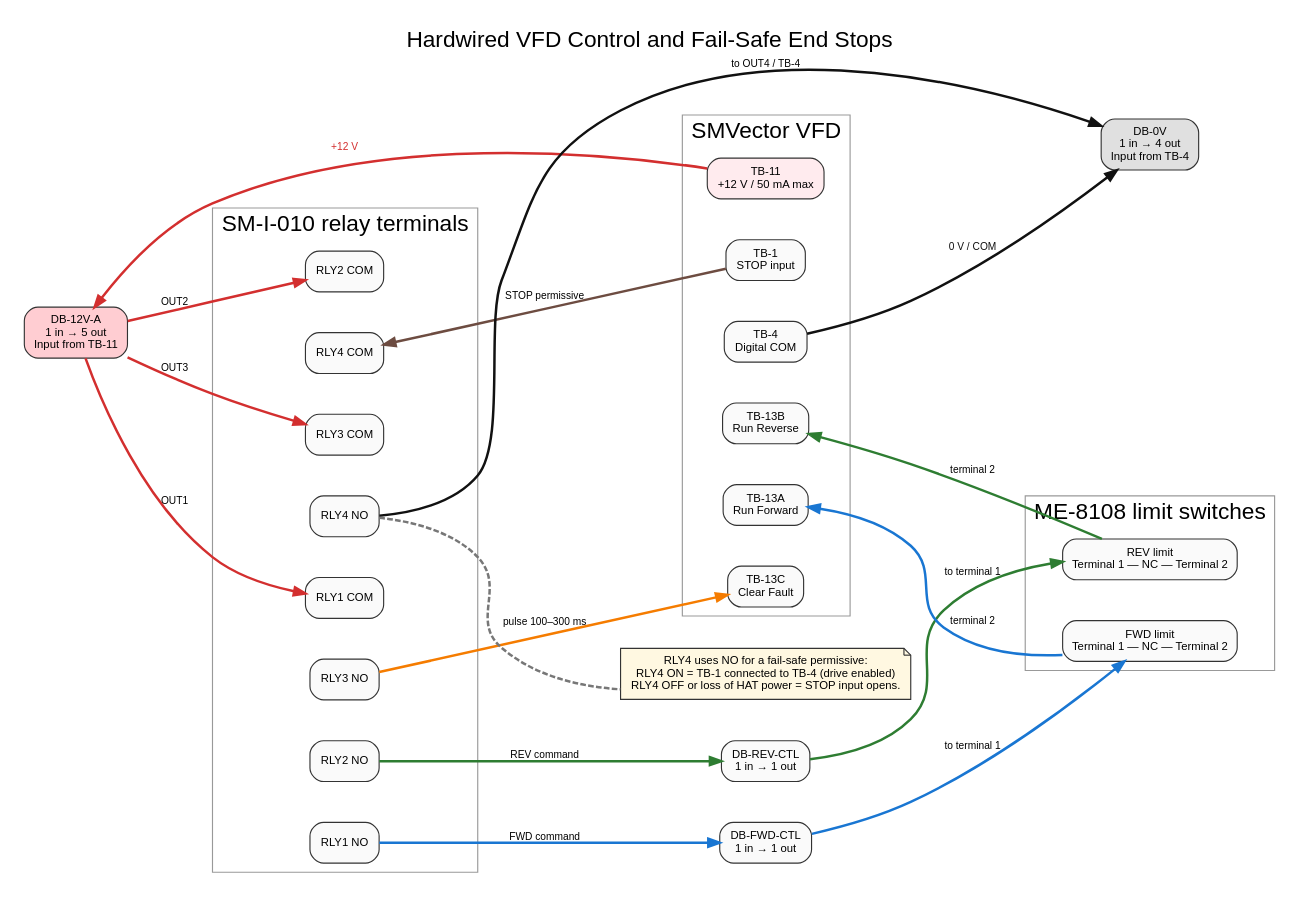
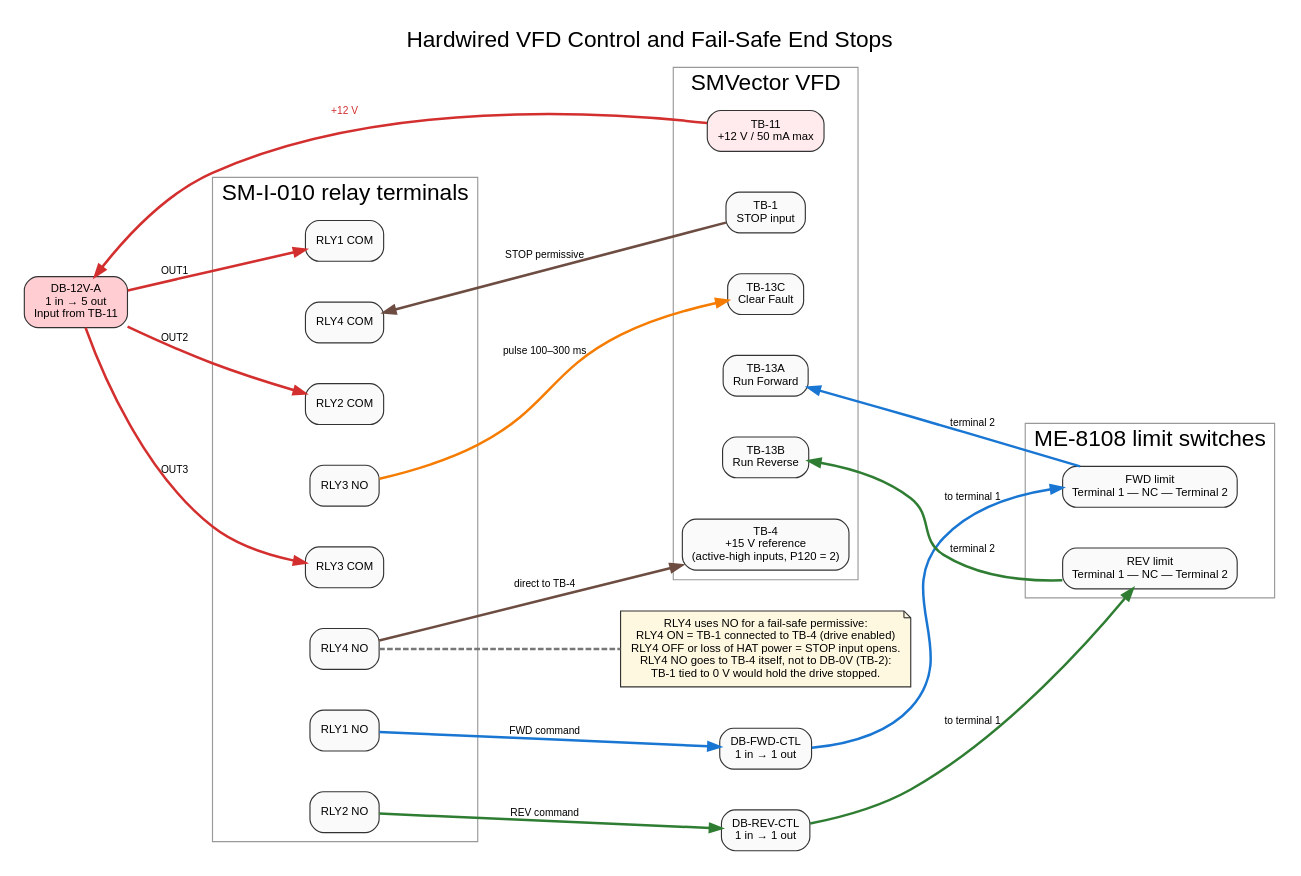
One commit to HualapaiValley/HVO.RoofController changed the diagram in docs/projects/roof-controller-v4-rpi/diagrams/02_hardwired_control.dot. Above: the diagram before and after it, drawn with Graphviz. The commit also changed 58 other files, not shown here.

```diff
--- a/docs/projects/roof-controller-v4-rpi/diagrams/02_hardwired_control.dot
+++ b/docs/projects/roof-controller-v4-rpi/diagrams/02_hardwired_control.dot
@@ -1,68 +1,66 @@
 
 digraph G {
   graph [rankdir=LR, bgcolor="white", pad="0.2", nodesep="0.5", ranksep="0.8",
          labelloc="t", label="Hardwired VFD Control and Fail-Safe End Stops", fontsize=20, fontname="Arial"];
   node [shape=box, style="rounded,filled", fillcolor="#FAFAFA", color="#333333",
         fontname="Arial", fontsize=10, margin="0.13,0.08"];
   edge [fontname="Arial", fontsize=9, penwidth=2.2];
 
   subgraph cluster_vfd {
     label="SMVector VFD";
     color="#999999";
     TB11 [label="TB-11\n+12 V / 50 mA max", fillcolor="#FFEBEE"];
     TB1 [label="TB-1\nSTOP input"];
-    TB4 [label="TB-4\nDigital COM"];
+    TB4 [label="TB-4\n+15 V reference\n(active-high inputs, P120 = 2)"];
     TB13A [label="TB-13A\nRun Forward"];
     TB13B [label="TB-13B\nRun Reverse"];
     TB13C [label="TB-13C\nClear Fault"];
   }
 
   DB12 [label="DB-12V-A\n1 in → 5 out\nInput from TB-11", fillcolor="#FFCDD2"];
-  DB0 [label="DB-0V\n1 in → 4 out\nInput from TB-4", fillcolor="#E0E0E0"];
 
   subgraph cluster_sm {
     label="SM-I-010 relay terminals";
     color="#999999";
     R1C [label="RLY1 COM"];
     R1NO [label="RLY1 NO"];
     R2C [label="RLY2 COM"];
     R2NO [label="RLY2 NO"];
     R3C [label="RLY3 COM"];
     R3NO [label="RLY3 NO"];
     R4C [label="RLY4 COM"];
     R4NO [label="RLY4 NO"];
   }
 
   FWDJOIN [label="DB-FWD-CTL\n1 in → 1 out"];
   REVJOIN [label="DB-REV-CTL\n1 in → 1 out"];
 
   subgraph cluster_limits {
     label="ME-8108 limit switches";
     color="#999999";
     L1NC [label="FWD limit\nTerminal 1 — NC — Terminal 2"];
     L2NC [label="REV limit\nTerminal 1 — NC — Terminal 2"];
   }
 
   TB11 -> DB12 [color="#D32F2F", fontcolor="#D32F2F", label="+12 V"];
-  TB4 -> DB0 [color="#111111", fontcolor="#111111", label="0 V / COM"];
 
   DB12 -> R1C [color="#D32F2F", label="OUT1"];
   R1NO -> FWDJOIN [color="#1976D2", label="FWD command"];
   FWDJOIN -> L1NC [color="#1976D2", label="to terminal 1"];
   L1NC -> TB13A [color="#1976D2", label="terminal 2"];
 
   DB12 -> R2C [color="#D32F2F", label="OUT2"];
   R2NO -> REVJOIN [color="#2E7D32", label="REV command"];
   REVJOIN -> L2NC [color="#2E7D32", label="to terminal 1"];
   L2NC -> TB13B [color="#2E7D32", label="terminal 2"];
 
   DB12 -> R3C [color="#D32F2F", label="OUT3"];
   R3NO -> TB13C [color="#F57C00", label="pulse 100–300 ms"];
 
   TB1 -> R4C [color="#6D4C41", label="STOP permissive"];
-  R4NO -> DB0 [color="#111111", label="to OUT4 / TB-4"];
+  R4NO -> TB4 [color="#6D4C41", label="direct to TB-4"];
 
   note [shape=note, fillcolor="#FFF8E1",
-        label="RLY4 uses NO for a fail-safe permissive:\nRLY4 ON = TB-1 connected to TB-4 (drive enabled)\nRLY4 OFF or loss of HAT power = STOP input opens."];
+        label="RLY4 uses NO for a fail-safe permissive:\nRLY4 ON = TB-1 connected to TB-4 (drive enabled)\nRLY4 OFF or loss of HAT power = STOP input opens.\nRLY4 NO goes to TB-4 itself, not to DB-0V (TB-2):\nTB-1 tied to 0 V would hold the drive stopped."];
   R4NO -> note [style=dashed, arrowhead=none, color="#777777"];
 }
```
